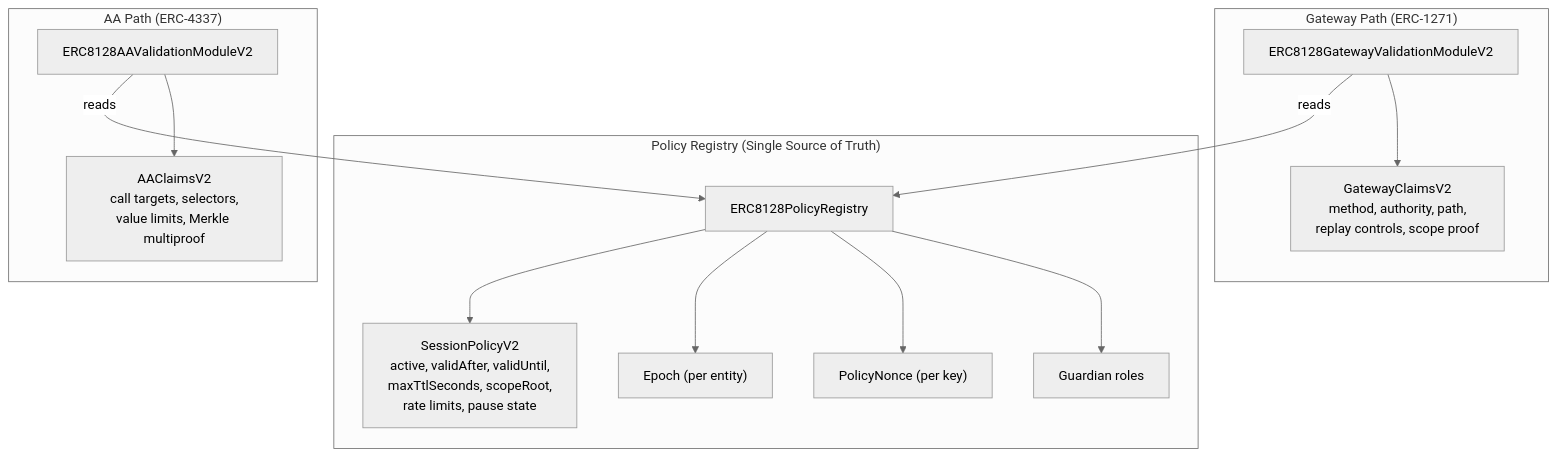
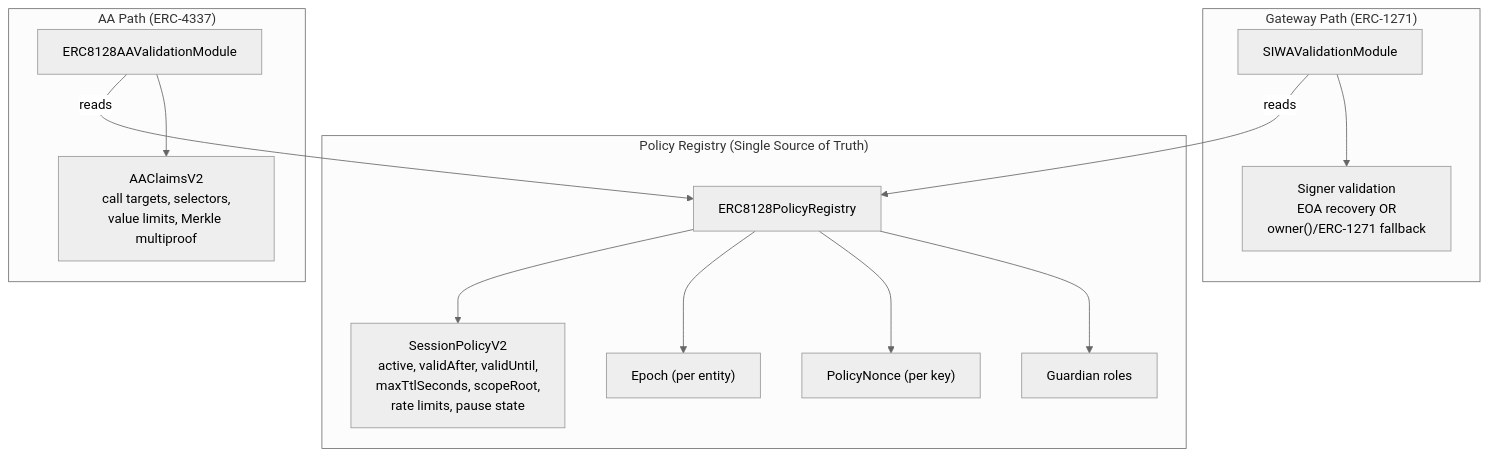
Diagram 18 of 32 in docs/Agent-Wallet-Core-Architecture.md (EqualFiLabs/agent-wallet-core), drawn with Mermaid (neutral theme) before and after one commit. The commit also changed other lines of this file and 16 other files, not shown here.

````diff
--- a/docs/Agent-Wallet-Core-Architecture.md
+++ b/docs/Agent-Wallet-Core-Architecture.md
@@ -776,29 +785,29 @@
 ```mermaid
 graph TB
     subgraph "Policy Registry (Single Source of Truth)"
         Registry["ERC8128PolicyRegistry"]
         Policy["SessionPolicyV2<br/>active, validAfter, validUntil,<br/>maxTtlSeconds, scopeRoot,<br/>rate limits, pause state"]
         Epoch["Epoch (per entity)"]
         Nonce["PolicyNonce (per key)"]
         Guardian["Guardian roles"]
     end
 
     subgraph "Gateway Path (ERC-1271)"
-        GW["ERC8128GatewayValidationModuleV2"]
-        GWClaims["GatewayClaimsV2<br/>method, authority, path,<br/>replay controls, scope proof"]
+        GW["SIWAValidationModule"]
+        GWSigner["Signer validation<br/>EOA recovery OR<br/>owner()/ERC-1271 fallback"]
     end
 
     subgraph "AA Path (ERC-4337)"
-        AA["ERC8128AAValidationModuleV2"]
+        AA["ERC8128AAValidationModule"]
         AAClaims["AAClaimsV2<br/>call targets, selectors,<br/>value limits, Merkle multiproof"]
     end
 
     GW -->|"reads"| Registry
     AA -->|"reads"| Registry
     Registry --> Policy
     Registry --> Epoch
     Registry --> Nonce
     Registry --> Guardian
-    GW --> GWClaims
+    GW --> GWSigner
     AA --> AAClaims
 ```
````
